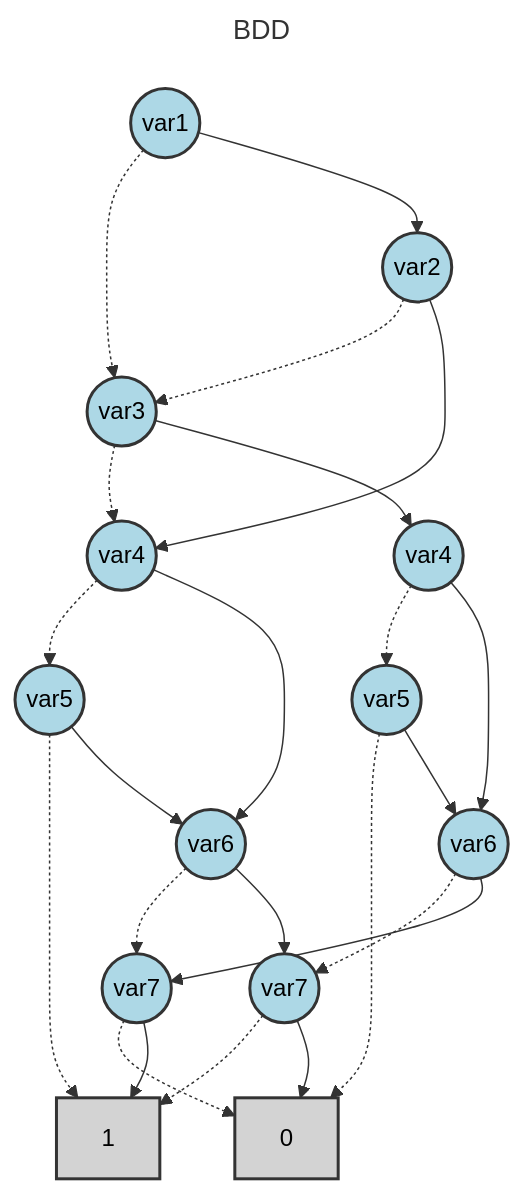
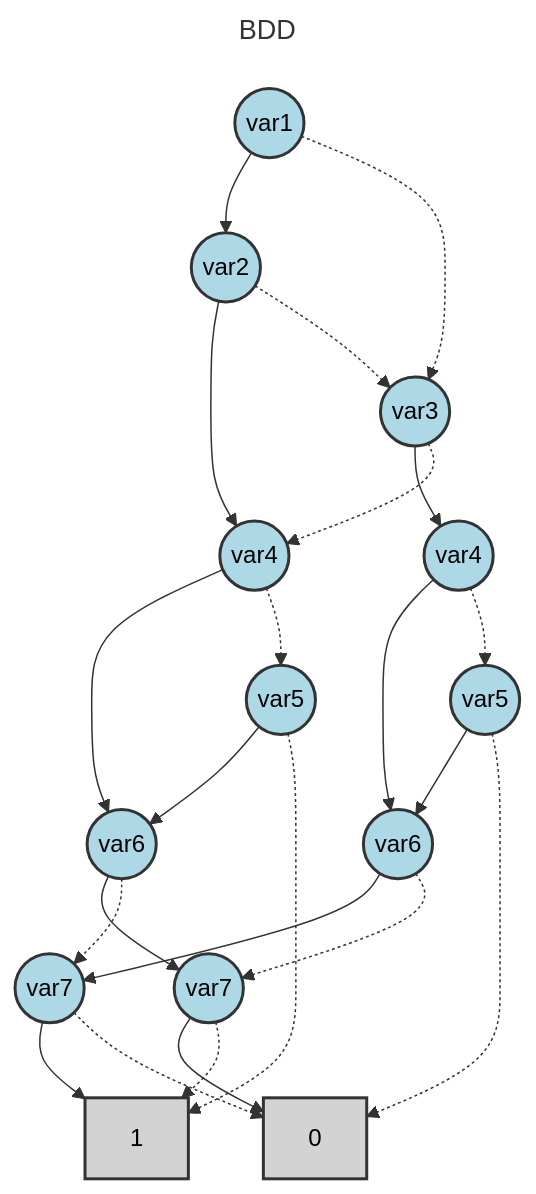
The second of 2 diagrams in test_expressions/reference_output/all_operators_analysis.md (Alan-Jowett/bdd_test), drawn with Mermaid before and after one commit. The commit also changed other lines of this file and 150 other files, not shown here.

First line of the commit message:
More dag graph cleanup (#65)

````diff
--- a/test_expressions/reference_output/all_operators_analysis.md
+++ b/test_expressions/reference_output/all_operators_analysis.md
@@ -76,59 +76,59 @@
 ```mermaid
 ---
 title: BDD
 ---
 flowchart TD
     N0["1"]
+    N10(("var3"))
+    N11(("var2"))
+    N12(("var1"))
     N1["0"]
     N2(("var7"))
     N3(("var7"))
     N4(("var6"))
     N5(("var5"))
     N6(("var4"))
     N7(("var6"))
     N8(("var5"))
     N9(("var4"))
-    N10(("var3"))
-    N11(("var2"))
-    N12(("var1"))
 
+    N10 --> N9
+    N10 -.-> N6
+    N11 --> N6
+    N11 -.-> N10
+    N12 --> N11
+    N12 -.-> N10
+    N2 --> N0
     N2 -.-> N1
-    N2 --> N0
+    N3 --> N1
     N3 -.-> N0
-    N3 --> N1
+    N4 --> N3
     N4 -.-> N2
-    N4 --> N3
+    N5 --> N4
     N5 -.-> N0
-    N5 --> N4
+    N6 --> N4
     N6 -.-> N5
-    N6 --> N4
+    N7 --> N2
     N7 -.-> N3
-    N7 --> N2
+    N8 --> N7
     N8 -.-> N1
-    N8 --> N7
+    N9 --> N7
     N9 -.-> N8
-    N9 --> N7
-    N10 -.-> N6
-    N10 --> N9
-    N11 -.-> N10
-    N11 --> N6
-    N12 -.-> N10
-    N12 --> N11
 
     class N0 terminal
     class N1 terminal
     class N2 bddVariable
     class N3 bddVariable
     class N4 bddVariable
     class N5 bddVariable
     class N6 bddVariable
     class N7 bddVariable
     class N8 bddVariable
     class N9 bddVariable
     class N10 bddVariable
     class N11 bddVariable
     class N12 bddVariable
 
     classDef bddVariable fill:lightblue,stroke:#333,stroke-width:2px,color:#000
     classDef terminal fill:lightgray,stroke:#333,stroke-width:2px,color:#000
 ```
````
